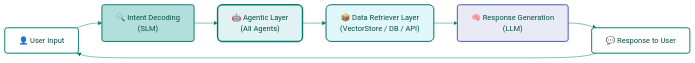
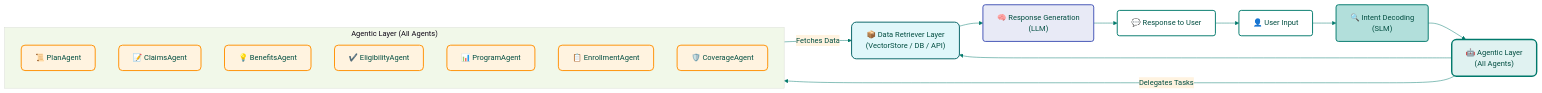
Before and after one commit to vasanthmiste/conv-ai: the diagram in conv-ai-outline.mmd, drawn with Mermaid.

```diff
--- a/conv-ai-outline.mmd
+++ b/conv-ai-outline.mmd
@@ -1,24 +1,38 @@
 %%{init: {
   'theme': 'base',
   'themeVariables': {
     'primaryColor': '#E0F2F1',
     'primaryTextColor': '#004D40',
     'primaryBorderColor': '#00796B',
     'lineColor': '#00796B',
     'secondaryColor': '#FFF3E0',
     'tertiaryColor': '#F1F8E9'
   }
 }}%%
 
 flowchart LR
     classDef default fill:#fff,stroke:#00796B,stroke-width:2px,rx:5,ry:5;
     classDef coordinator fill:#E0F2F1,stroke:#00796B,stroke-width:3px,rx:10,ry:10;
     classDef intent fill:#B2DFDB,stroke:#00796B,stroke-width:2px;
     classDef delegate fill:#FFF3E0,stroke:#FF8F00,stroke-width:2px,rx:8,ry:8;
     classDef llm fill:#E8EAF6,stroke:#3F51B5,stroke-width:2px,rx:5,ry:5;
     classDef api fill:#FCE4EC,stroke:#C2185B,stroke-width:2px,rx:5,ry:5;
     classDef process fill:#F1F8E9,stroke:#558B2F,stroke-width:2px,rx:5,ry:5;
 
     U["👤 User Input"]:::default --> I["🔍 Intent Decoding<br>(SLM)"]:::intent --> A["🤖 Agentic Layer<br>(All Agents)"]:::coordinator --> D["📦 Data Retriever Layer<br>(VectorStore / DB / API)"]:::process --> LLM["🧠 Response Generation<br>(LLM)"]:::llm --> R["💬 Response to User"]:::default --> U
 
+    subgraph AgenticLayer ["Agentic Layer (All Agents)"]
+        direction TB
+        PlanAgent["📜 PlanAgent"]:::delegate
+        ClaimsAgent["📝 ClaimsAgent"]:::delegate
+        BenefitsAgent["💡 BenefitsAgent"]:::delegate
+        EligibilityAgent["✔️ EligibilityAgent"]:::delegate
+        ProgramAgent["📊 ProgramAgent"]:::delegate
+        EnrollmentAgent["📋 EnrollmentAgent"]:::delegate
+        CoverageAgent["🛡️ CoverageAgent"]:::delegate
+    end
+
+    A -->|Delegates Tasks| AgenticLayer
+    AgenticLayer -->|Fetches Data| D
+
     style D fill:#E0F7FA,stroke:#006064,stroke-width:2px,rx:10,ry:10;
```
